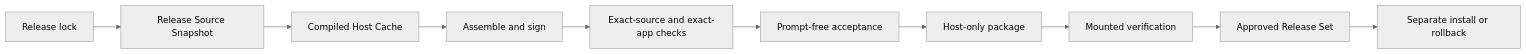
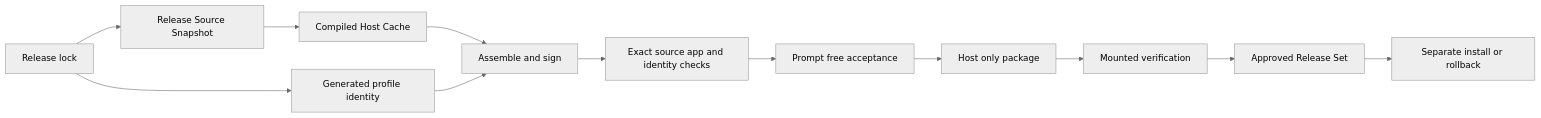
Before and after one commit to alexwck/dbcode-wrapper: the diagram in wiki/architecture/release-trust-and-compatibility.md, drawn with Mermaid (neutral theme). The commit also changed other lines of this file and 12 other files, not shown here.

Commit message:
docs(wiki): document generated profile identity

````diff
--- a/wiki/architecture/release-trust-and-compatibility.md
+++ b/wiki/architecture/release-trust-and-compatibility.md
@@ -22,12 +22,14 @@
 ```mermaid
 flowchart LR
   L[Release lock] --> S[Release Source Snapshot]
   S --> C[Compiled Host Cache]
+  L --> I[Generated profile identity]
   C --> A[Assemble and sign]
-  A --> E[Exact-source and exact-app checks]
-  E --> R[Prompt-free acceptance]
-  R --> K[Host-only package]
+  I --> A
+  A --> E[Exact source app and identity checks]
+  E --> R[Prompt free acceptance]
+  R --> K[Host only package]
   K --> V[Mounted verification]
   V --> P[Approved Release Set]
-  P --> I[Separate install or rollback]
+  P --> X[Separate install or rollback]
 ```
````
